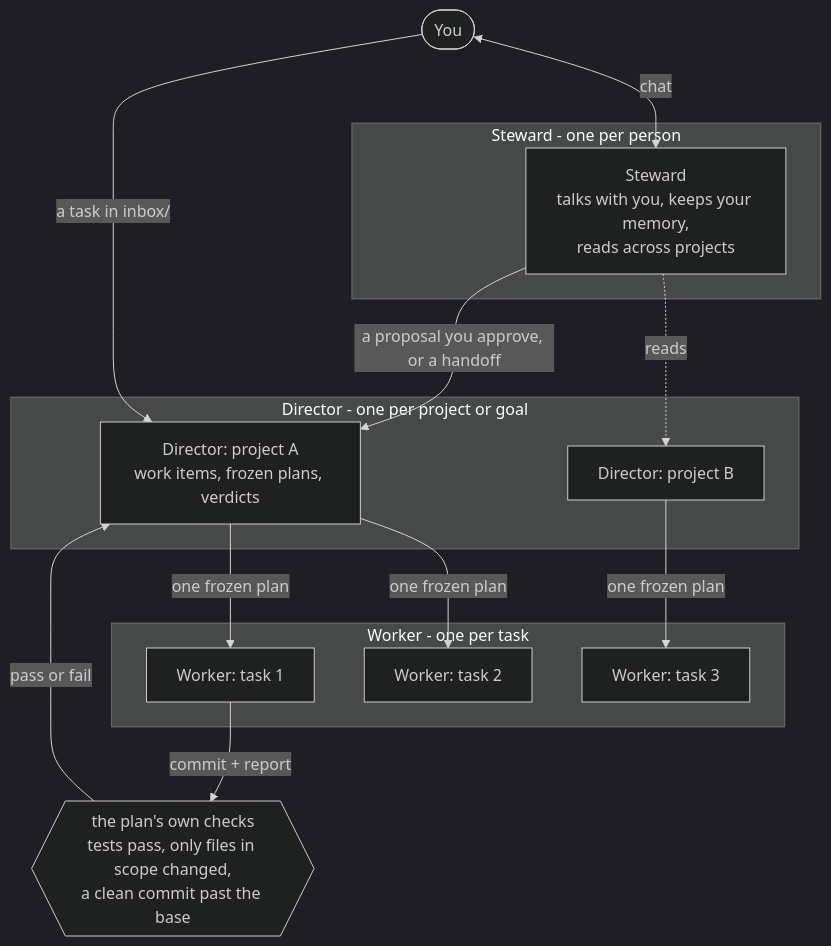
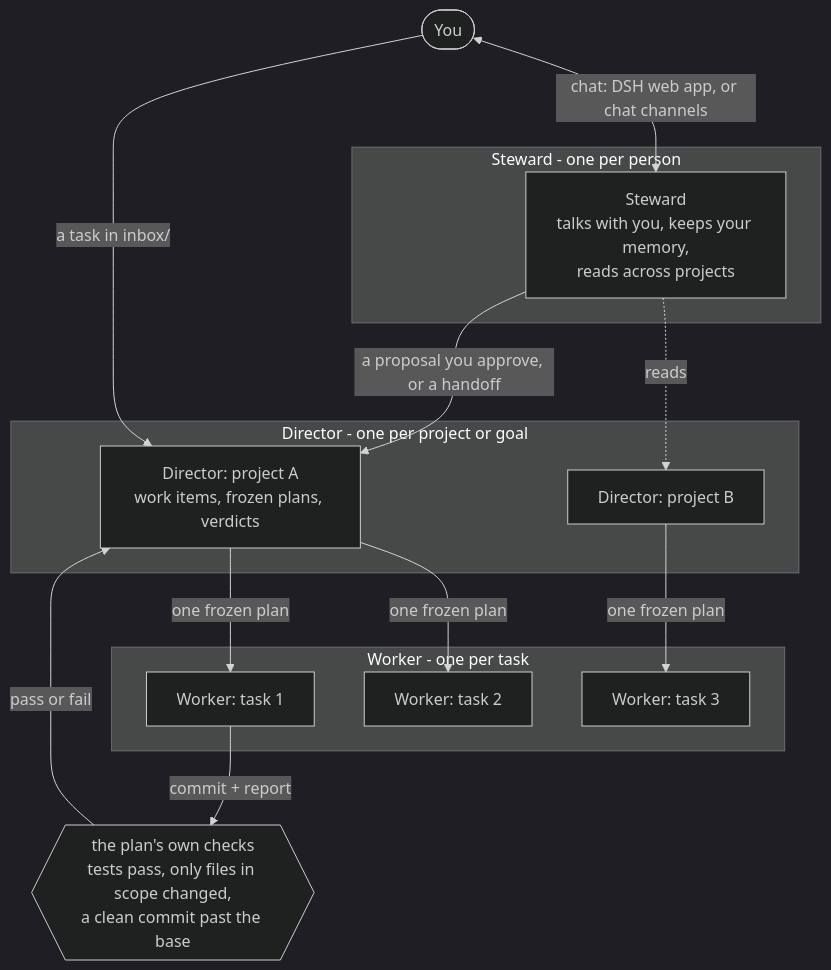
One commit to linxuhao/AItelier changed the diagram in integrations/dsh-director/README.md. Above: the diagram before and after it, drawn with Mermaid (dark theme). The commit also changed other lines of this file and 1 other file, not shown here.

Commit message:
docs: the steward's chat channels - what you can run from Slack or WeChat, and what stays on the dashboard

````diff
--- a/integrations/dsh-director/README.md
+++ b/integrations/dsh-director/README.md
@@ -22,26 +22,26 @@
 ```mermaid
 flowchart TD
     you(["You"])
     subgraph L1["Steward - one per person"]
         steward["Steward<br/>talks with you, keeps your memory,<br/>reads across projects"]
     end
     subgraph L2["Director - one per project or goal"]
         dirA["Director: project A<br/>work items, frozen plans, verdicts"]
         dirB["Director: project B"]
     end
     subgraph L3["Worker - one per task"]
         w1["Worker: task 1"]
         w2["Worker: task 2"]
         w3["Worker: task 3"]
     end
     check{{"the plan's own checks<br/>tests pass, only files in scope changed,<br/>a clean commit past the base"}}
-    you <-->|chat| steward
+    you <-->|"chat: DSH web app, or chat channels"| steward
     steward -->|"a proposal you approve, or a handoff"| dirA
     steward -.->|reads| dirB
     you -->|"a task in inbox/"| dirA
     dirA -->|"one frozen plan"| w1
     dirA -->|"one frozen plan"| w2
     dirB -->|"one frozen plan"| w3
     w1 -->|"commit + report"| check
     check -->|"pass or fail"| dirA
 ```
````
